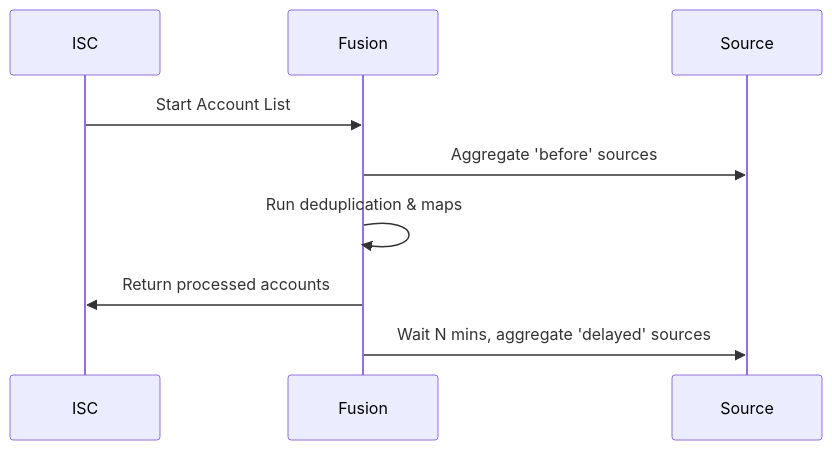
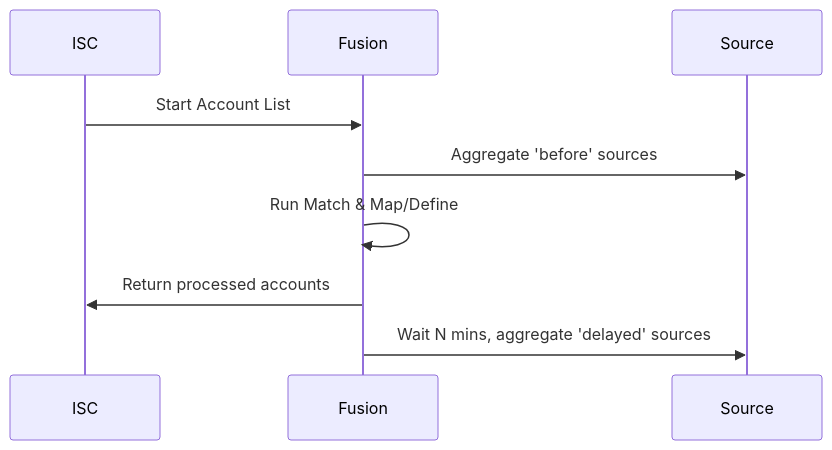
The second of 3 diagrams in README.md (fernando-delosrios-sp/colab-saas-conn-sailpoint-identity-fusion), drawn with Mermaid before and after one commit. The commit also changed other lines of this file and 24 other files, not shown here.

First line of the commit message:
Update connector specifications and enhance documentation for Map & Define capabilities

````diff
--- a/README.md
+++ b/README.md
@@ -119,11 +118,11 @@
 ```mermaid
 sequenceDiagram
     participant ISC
     participant Fusion
     participant Source
     ISC->>Fusion: Start Account List
     Fusion->>Source: Aggregate 'before' sources
-    Fusion->>Fusion: Run deduplication & maps
+    Fusion->>Fusion: Run Match & Map/Define
     Fusion->>ISC: Return processed accounts
     Fusion->>Source: Wait N mins, aggregate 'delayed' sources
 ```
````
